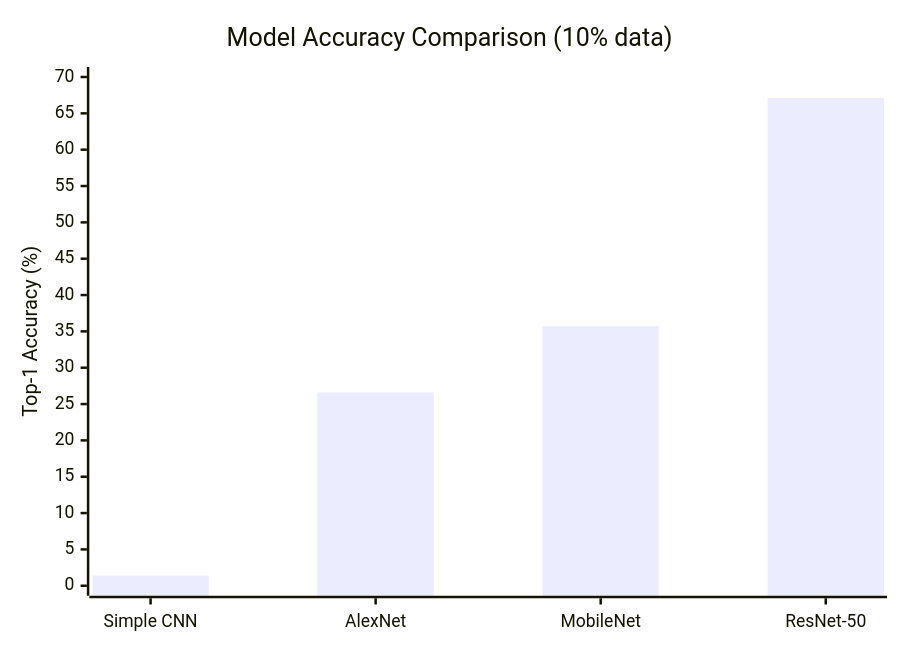
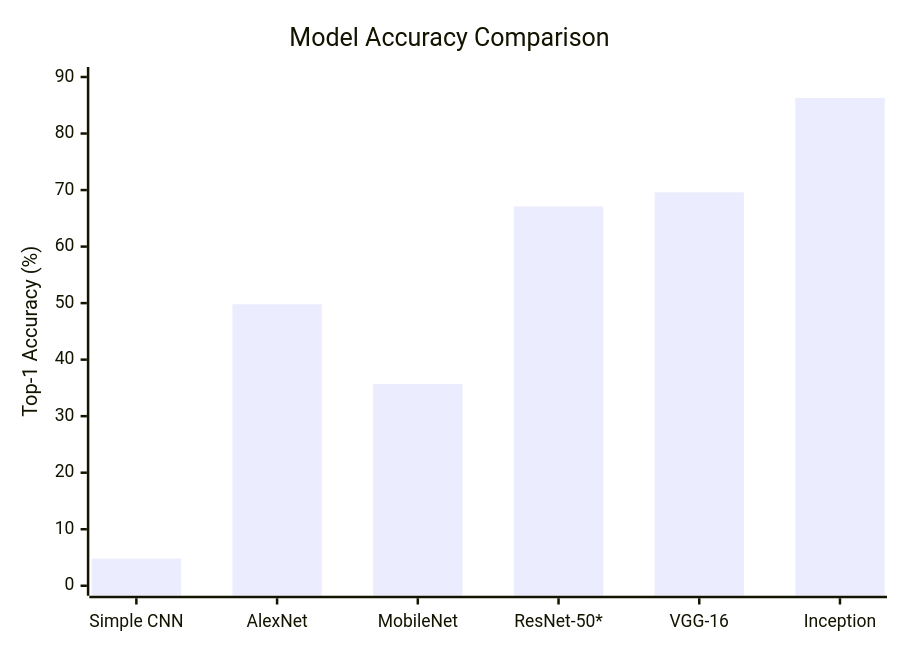
One commit to hadarwayn/L41-Which-dog-are-you- changed diagram 16 of 31 in README.md. Above: the diagram before and after it, drawn with Mermaid. The commit also changed other lines of this file, not shown here.

First line of the commit message:
docs(readme): Update with Inception results — 86.3% accuracy (best model!)

````diff
--- a/README.md
+++ b/README.md
@@ -358,7 +358,7 @@
 ```mermaid
 xychart-beta
-    title "Model Accuracy Comparison (10% data)"
-    x-axis ["Simple CNN", "AlexNet", "MobileNet", "ResNet-50"]
-    y-axis "Top-1 Accuracy (%)" 0 --> 70
-    bar [1.4, 26.6, 35.7, 67.1]
+    title "Model Accuracy Comparison"
+    x-axis ["Simple CNN", "AlexNet", "MobileNet", "ResNet-50*", "VGG-16", "Inception"]
+    y-axis "Top-1 Accuracy (%)" 0 --> 90
+    bar [4.8, 49.8, 35.7, 67.1, 69.6, 86.3]
 ```
````
